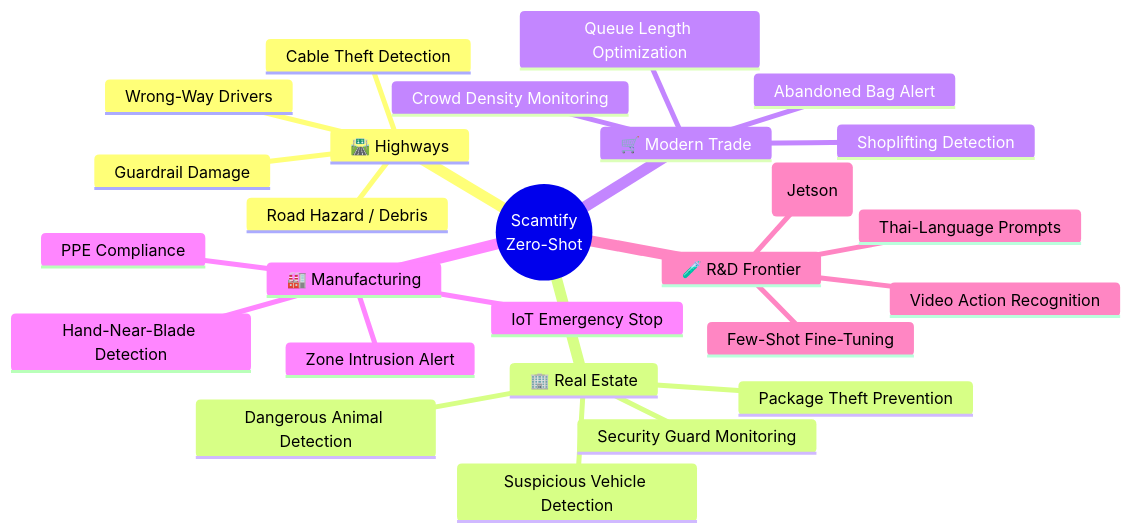
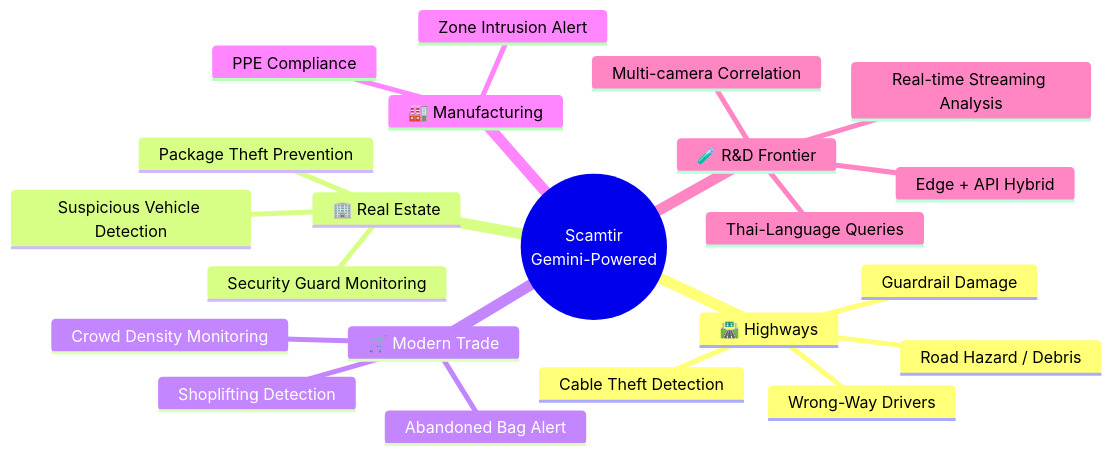
The fifth of 5 diagrams in README.md (Panitan-K/Scamtir), drawn with Mermaid before and after one commit. The commit also changed other lines of this file and 8 other files, not shown here.

First line of the commit message:
feat: transition to Gemini File API for video analysis and major UI/UX overhaul

````diff
--- a/README.md
+++ b/README.md
@@ -306,29 +241,25 @@
 ```mermaid
 mindmap
-  root((Scamtify<br/>Zero-Shot))
+  root((Scamtir<br/>Gemini-Powered))
     🛣️ Highways
       Cable Theft Detection
       Road Hazard / Debris
       Wrong-Way Drivers
       Guardrail Damage
     🏢 Real Estate
       Security Guard Monitoring
       Suspicious Vehicle Detection
-      Dangerous Animal Detection
       Package Theft Prevention
     🛒 Modern Trade
       Shoplifting Detection
       Abandoned Bag Alert
       Crowd Density Monitoring
-      Queue Length Optimization
     🏭 Manufacturing
       PPE Compliance
-      Hand-Near-Blade Detection
-      IoT Emergency Stop
       Zone Intrusion Alert
     🧪 R&D Frontier
-      Video Action Recognition
-      Thai-Language Prompts
-      Few-Shot Fine-Tuning
-      Edge Deployment (Jetson)
+      Real-time Streaming Analysis
+      Thai-Language Queries
+      Multi-camera Correlation
+      Edge + API Hybrid
 ```
````
